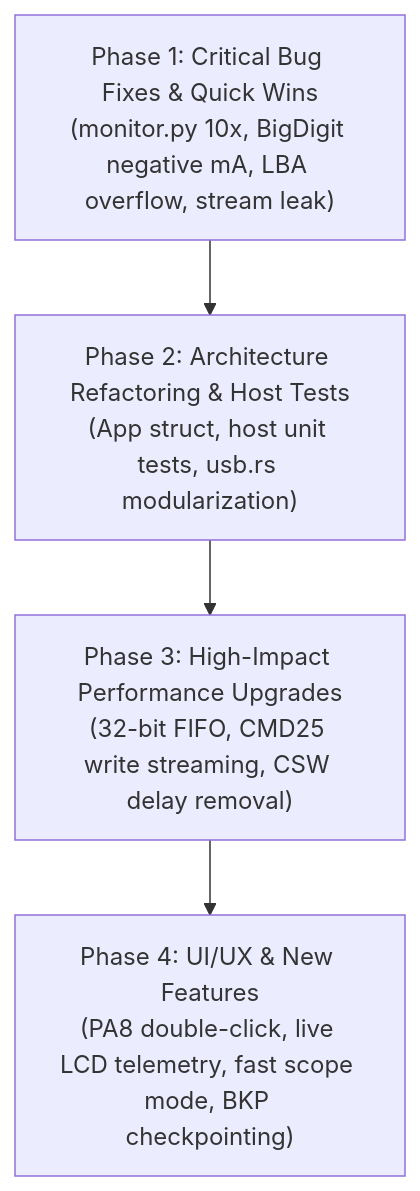
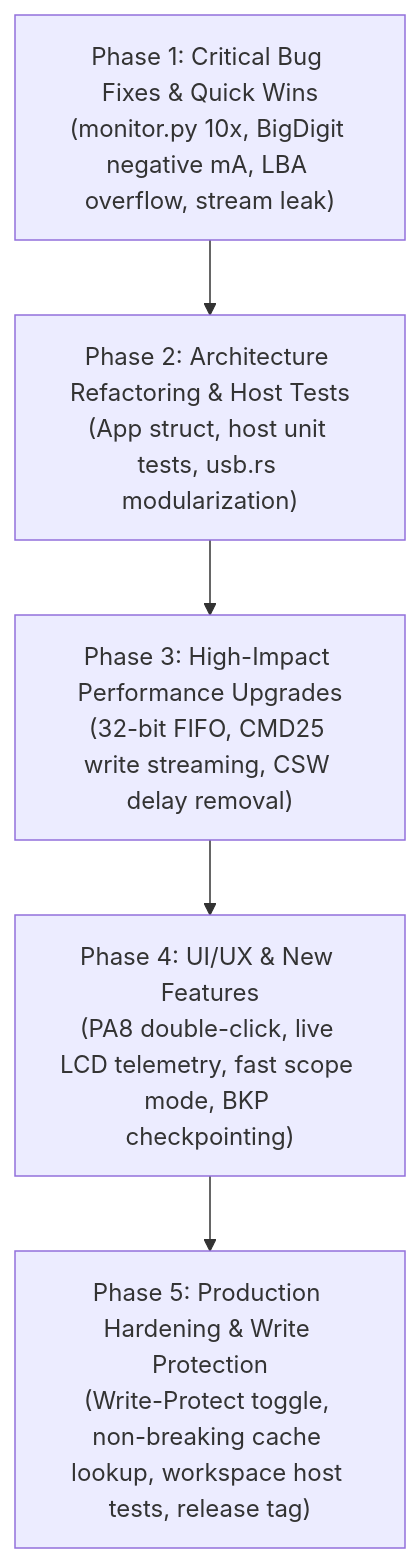
One commit to arunj123/longan_nano changed the diagram in docs/FIRMWARE_REVIEW_AND_ROADMAP.md. Above: the diagram before and after it, drawn with Mermaid. The commit also changed other lines of this file, not shown here.

Commit message:
docs(roadmap): Mark Phase 4 as completed and define Phase 5 production hardening roadmap

````diff
--- a/docs/FIRMWARE_REVIEW_AND_ROADMAP.md
+++ b/docs/FIRMWARE_REVIEW_AND_ROADMAP.md
@@ -217,6 +217,7 @@
 ```mermaid
 flowchart TD
     P1["Phase 1: Critical Bug Fixes & Quick Wins<br/>(monitor.py 10x, BigDigit negative mA, LBA overflow, stream leak)"] --> P2["Phase 2: Architecture Refactoring & Host Tests<br/>(App struct, host unit tests, usb.rs modularization)"]
     P2 --> P3["Phase 3: High-Impact Performance Upgrades<br/>(32-bit FIFO, CMD25 write streaming, CSW delay removal)"]
     P3 --> P4["Phase 4: UI/UX & New Features<br/>(PA8 double-click, live LCD telemetry, fast scope mode, BKP checkpointing)"]
+    P4 --> P5["Phase 5: Production Hardening & Write Protection<br/>(Write-Protect toggle, non-breaking cache lookup, workspace host tests, release tag)"]
 ```
````
